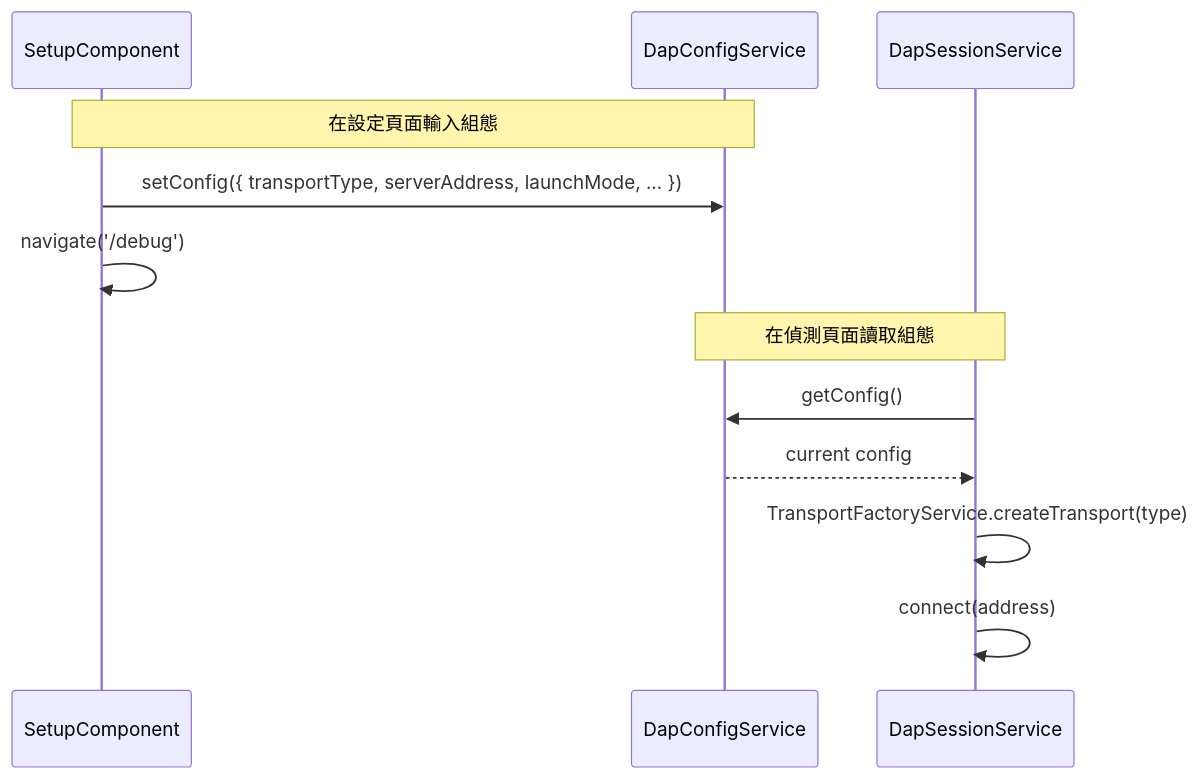
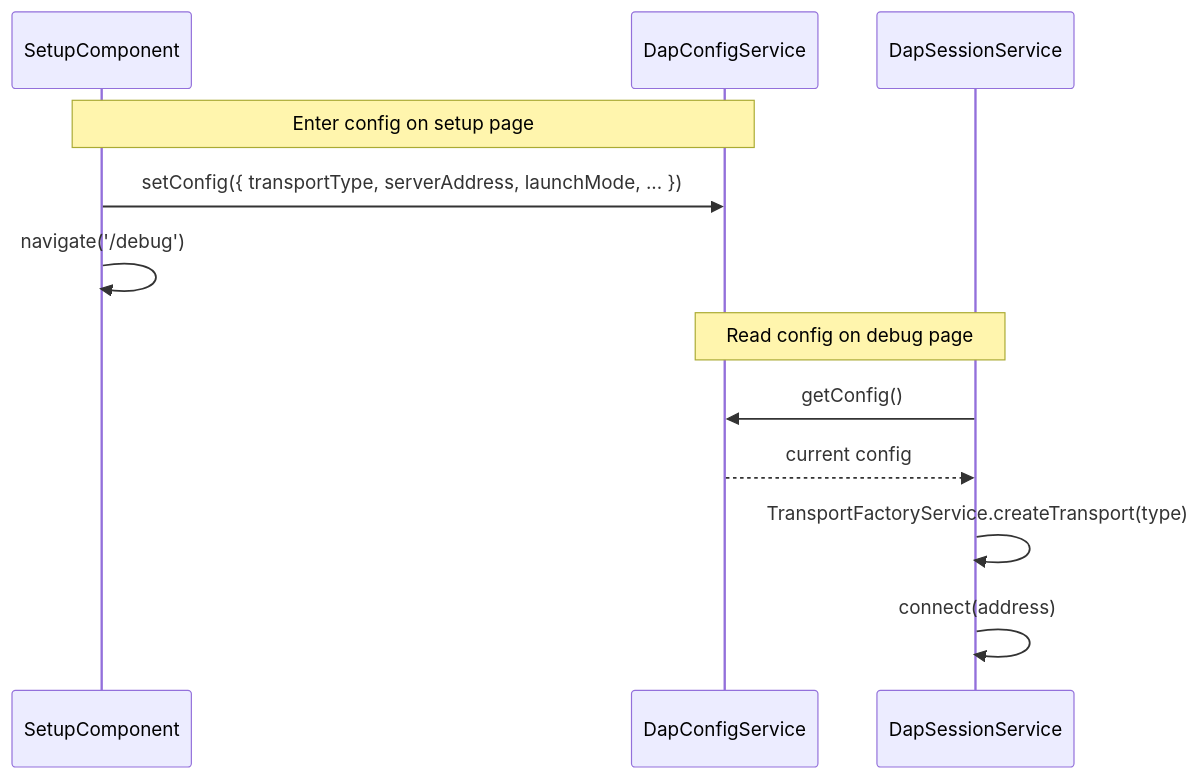
Before and after one commit to tangpo387-arch/taro-debugger: the seventh of 9 diagrams in docs/architecture.md, drawn with Mermaid. The commit also changed other lines of this file and 9 other files, not shown here.

````diff
--- a/docs/architecture.md
+++ b/docs/architecture.md
@@ -291,16 +303,16 @@
 ```mermaid
 sequenceDiagram
     participant SC as SetupComponent
     participant DCS as DapConfigService
     participant DSS as DapSessionService
 
-    Note over SC, DCS: 在設定頁面輸入組態
+    Note over SC, DCS: Enter config on setup page
     SC->>DCS: setConfig({ transportType, serverAddress, launchMode, ... })
     SC->>SC: navigate('/debug')
 
-    Note over DSS, DCS: 在偵測頁面讀取組態
+    Note over DSS, DCS: Read config on debug page
     DSS->>DCS: getConfig()
     DCS-->>DSS: current config
     DSS->>DSS: TransportFactoryService.createTransport(type)
     DSS->>DSS: connect(address)
 ```
````
